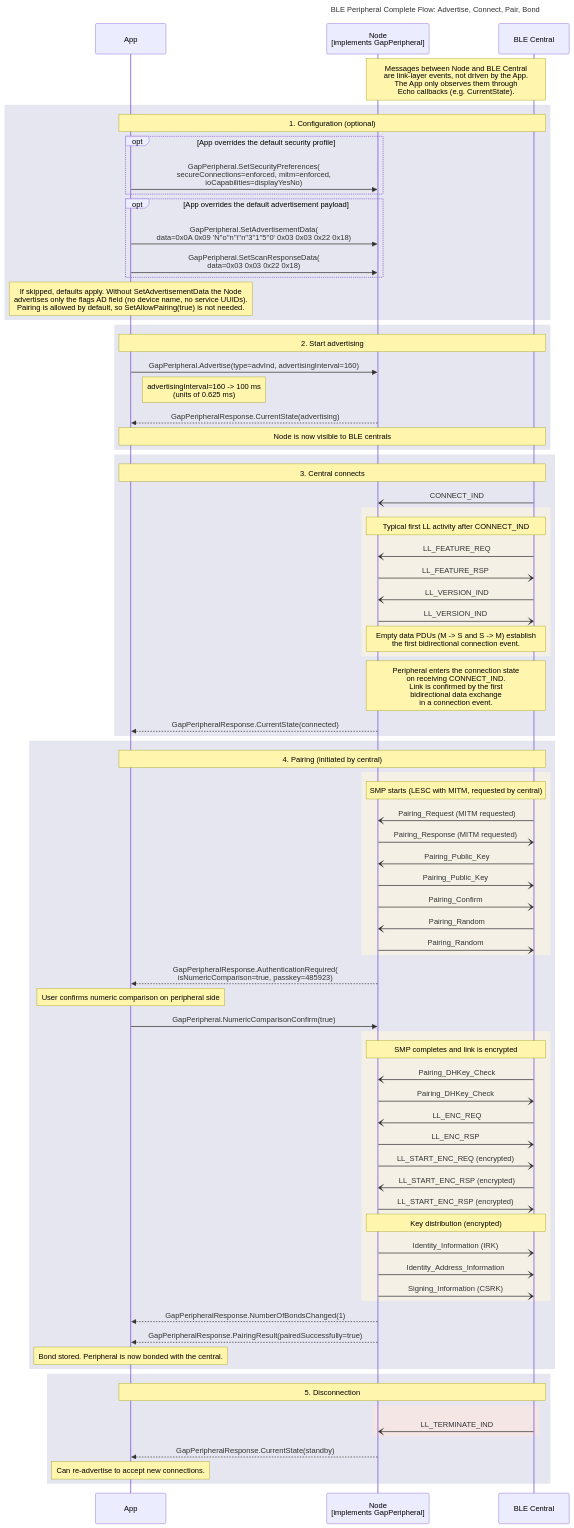
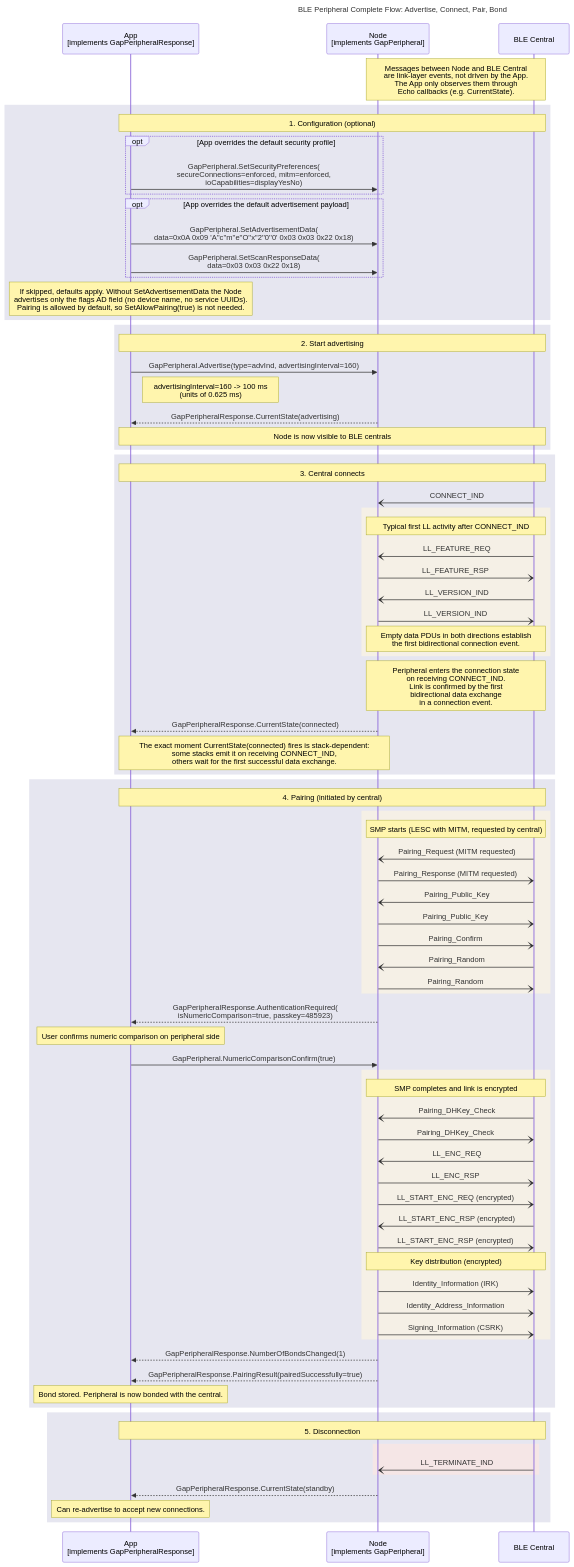
Before and after one commit to philips-software/amp-embedded-infra-lib: the diagram in documents/modules/ROOT/partials/echoservices/composite_flows/PeripheralRole_CompleteFlow_sequence.mmd, drawn with Mermaid. The commit also changed 35 other files, not shown here.

```diff
--- a/documents/modules/ROOT/partials/echoservices/composite_flows/PeripheralRole_CompleteFlow_sequence.mmd
+++ b/documents/modules/ROOT/partials/echoservices/composite_flows/PeripheralRole_CompleteFlow_sequence.mmd
@@ -1,92 +1,93 @@
 sequenceDiagram
     title BLE Peripheral Complete Flow: Advertise, Connect, Pair, Bond
 
-    participant App as App
+    participant App as App<br>[implements GapPeripheralResponse]
     participant Node as Node<br>[implements GapPeripheral]
     participant Central as BLE Central
 
 
     Note over Node, Central: Messages between Node and BLE Central<br>are link-layer events, not driven by the App.<br>The App only observes them through<br>Echo callbacks (e.g. CurrentState).
 
     rect rgb(230, 230, 240)
         note over App, Central: 1. Configuration (optional)
         opt App overrides the default security profile
             App->>Node: GapPeripheral.SetSecurityPreferences(<br>secureConnections=enforced, mitm=enforced,<br>ioCapabilities=displayYesNo)
         end
         opt App overrides the default advertisement payload
-            App->>Node: GapPeripheral.SetAdvertisementData(<br>data=0x0A 0x09 'N''o''n''i''n''3''1''5''0' 0x03 0x03 0x22 0x18)
+            App->>Node: GapPeripheral.SetAdvertisementData(<br>data=0x0A 0x09 'A''c''m''e''O''x''2''0''0' 0x03 0x03 0x22 0x18)
             App->>Node: GapPeripheral.SetScanResponseData(<br>data=0x03 0x03 0x22 0x18)
         end
         Note over App: If skipped, defaults apply. Without SetAdvertisementData the Node<br>advertises only the flags AD field (no device name, no service UUIDs).<br>Pairing is allowed by default, so SetAllowPairing(true) is not needed.
     end
 
     rect rgb(230, 230, 240)
         note over App, Central: 2. Start advertising
         App->>Node: GapPeripheral.Advertise(type=advInd, advertisingInterval=160)
         Note right of App: advertisingInterval=160 -> 100 ms<br>(units of 0.625 ms)
         Node-->>App: GapPeripheralResponse.CurrentState(advertising)
 
         Note over App, Central: Node is now visible to BLE centrals
     end
 
     rect rgb(230, 230, 240)
         note over App, Central: 3. Central connects
         Central-)Node: CONNECT_IND
         rect rgb(245, 240, 230)
             Note over Node, Central: Typical first LL activity after CONNECT_IND
             Central-)Node: LL_FEATURE_REQ
             Node-)Central: LL_FEATURE_RSP
             Central-)Node: LL_VERSION_IND
             Node-)Central: LL_VERSION_IND
-            Note over Node, Central: Empty data PDUs (M -> S and S -> M) establish<br>the first bidirectional connection event.
+            Note over Node, Central: Empty data PDUs in both directions establish<br>the first bidirectional connection event.
         end
         Note over Node, Central: Peripheral enters the connection state<br>on receiving CONNECT_IND.<br>Link is confirmed by the first<br>bidirectional data exchange<br>in a connection event.
         Node-->>App: GapPeripheralResponse.CurrentState(connected)
+        Note over App, Node: The exact moment CurrentState(connected) fires is stack-dependent:<br>some stacks emit it on receiving CONNECT_IND,<br>others wait for the first successful data exchange.
     end
 
     rect rgb(230, 230, 240)
         note over App, Central: 4. Pairing (initiated by central)
         rect rgb(245, 240, 230)
             Note over Node, Central: SMP starts (LESC with MITM, requested by central)
             Central-)Node: Pairing_Request (MITM requested)
             Node-)Central: Pairing_Response (MITM requested)
             Central-)Node: Pairing_Public_Key
             Node-)Central: Pairing_Public_Key
             Node-)Central: Pairing_Confirm
             Central-)Node: Pairing_Random
             Node-)Central: Pairing_Random
         end
         Node-->>App: GapPeripheralResponse.AuthenticationRequired(<br>isNumericComparison=true, passkey=485923)
 
         Note over App: User confirms numeric comparison on peripheral side
 
         App->>Node: GapPeripheral.NumericComparisonConfirm(true)
         rect rgb(245, 240, 230)
             Note over Node, Central: SMP completes and link is encrypted
             Central-)Node: Pairing_DHKey_Check
             Node-)Central: Pairing_DHKey_Check
             Central-)Node: LL_ENC_REQ
             Node-)Central: LL_ENC_RSP
             Node-)Central: LL_START_ENC_REQ (encrypted)
             Central-)Node: LL_START_ENC_RSP (encrypted)
             Node-)Central: LL_START_ENC_RSP (encrypted)
             Note over Node, Central: Key distribution (encrypted)
             Node-)Central: Identity_Information (IRK)
             Node-)Central: Identity_Address_Information
             Node-)Central: Signing_Information (CSRK)
         end
         Node-->>App: GapPeripheralResponse.NumberOfBondsChanged(1)
         Node-->>App: GapPeripheralResponse.PairingResult(pairedSuccessfully=true)
 
         Note over App: Bond stored. Peripheral is now bonded with the central.
     end
 
     rect rgb(230, 230, 240)
         note over App, Central: 5. Disconnection
         rect rgb(245, 230, 230)
             Central-)Node: LL_TERMINATE_IND
         end
         Node-->>App: GapPeripheralResponse.CurrentState(standby)
 
         Note over App: Can re-advertise to accept new connections.
     end
```
